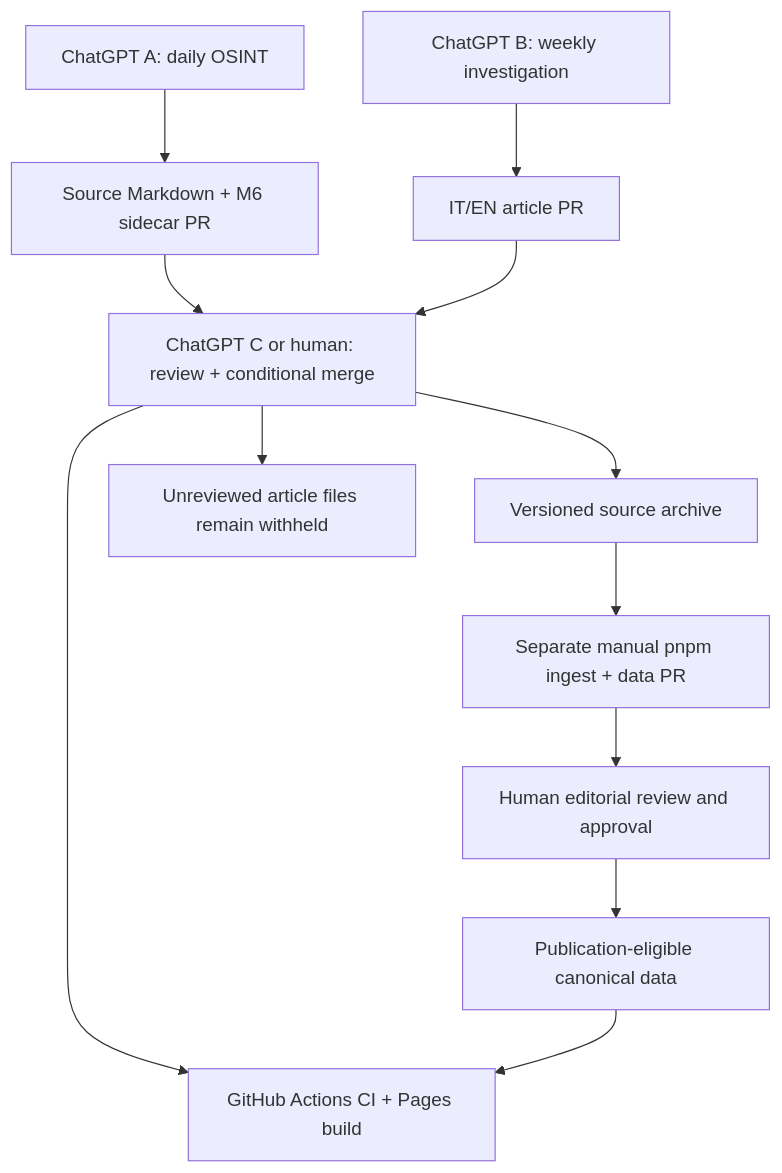
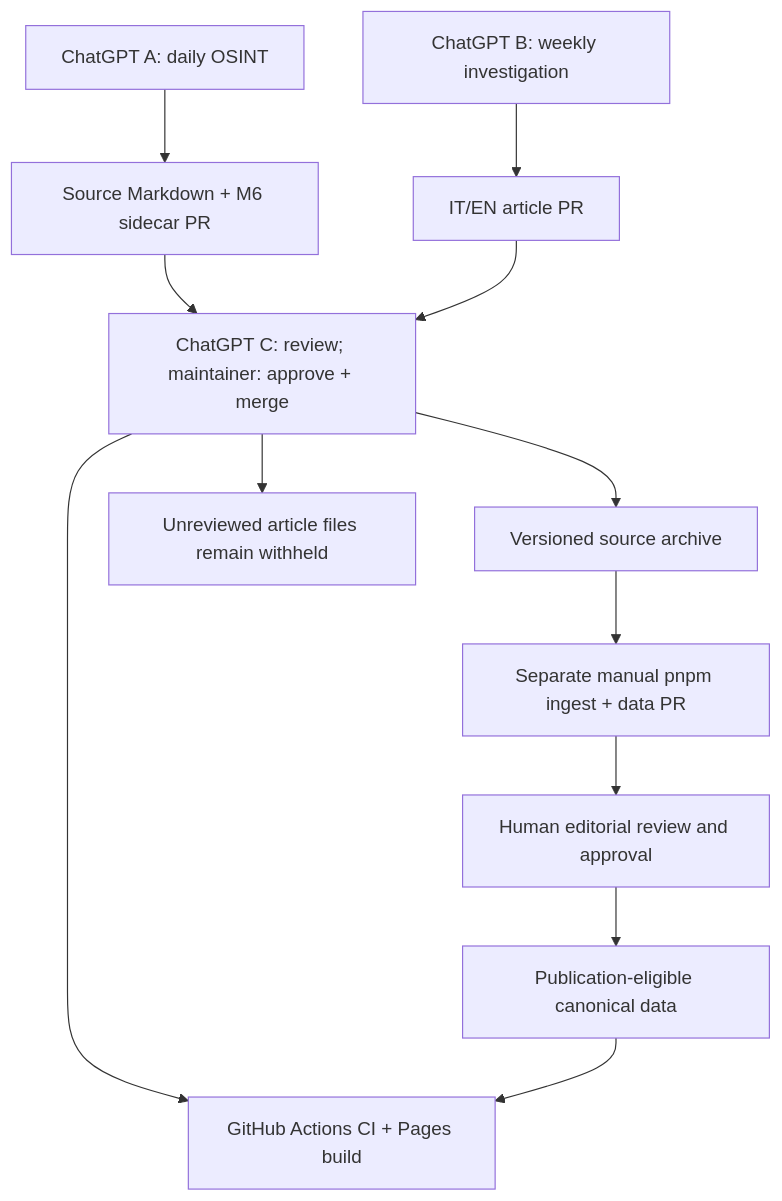
The diagram in README.md (amattis96/our-enemies-monitor), drawn with Mermaid before and after one commit. The commit also changed other lines of this file and 5 other files, not shown here.

```diff
--- a/README.md
+++ b/README.md
@@ -158,14 +158,14 @@
 ~~~mermaid
 flowchart TD
     A[ChatGPT A: daily OSINT] --> P1[Source Markdown + M6 sidecar PR]
     B[ChatGPT B: weekly investigation] --> P2[IT/EN article PR]
-    P1 --> C[ChatGPT C or human: review + conditional merge]
+    P1 --> C[ChatGPT C: review; maintainer: approve + merge]
     P2 --> C
     C --> Archive[Versioned source archive]
     C --> Drafts[Unreviewed article files remain withheld]
     Archive --> Ingest[Separate manual pnpm ingest + data PR]
     Ingest --> Human[Human editorial review and approval]
     Human --> Canonical[Publication-eligible canonical data]
     C --> CI[GitHub Actions CI + Pages build]
     Canonical --> CI
 ~~~
```
